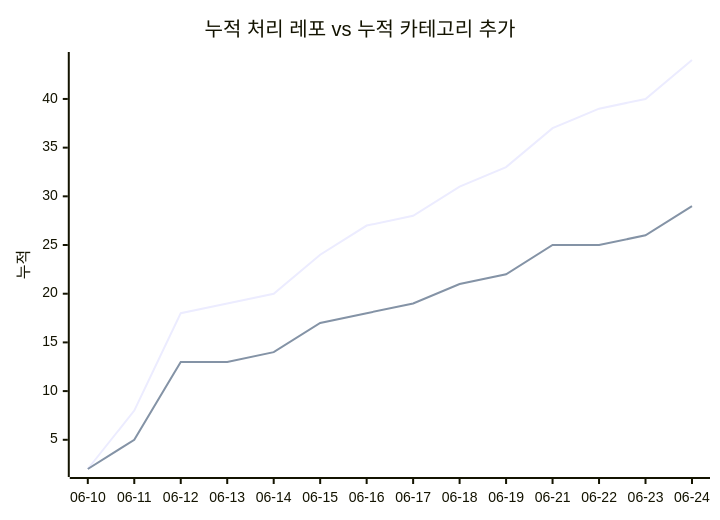
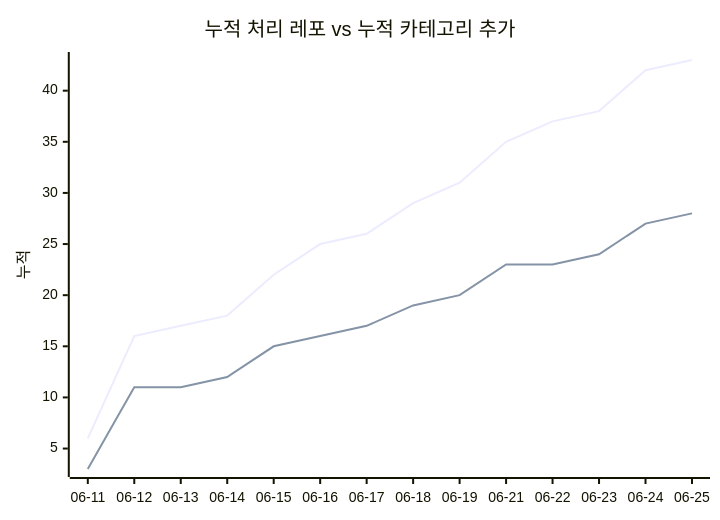
The second of 2 diagrams in docs/trends.md (J-nowcow/awesome-korean-agent-skills), drawn with Mermaid before and after one commit. The commit also changed other lines of this file and 3 other files, not shown here.

````diff
--- a/docs/trends.md
+++ b/docs/trends.md
@@ -68,8 +68,8 @@
 ```mermaid
 xychart-beta
     title "누적 처리 레포 vs 누적 카테고리 추가"
-    x-axis ["06-10","06-11","06-12","06-13","06-14","06-15","06-16","06-17","06-18","06-19","06-21","06-22","06-23","06-24"]
+    x-axis ["06-11","06-12","06-13","06-14","06-15","06-16","06-17","06-18","06-19","06-21","06-22","06-23","06-24","06-25"]
     y-axis "누적"
-    line [2,8,18,19,20,24,27,28,31,33,37,39,40,44]
-    line [2,5,13,13,14,17,18,19,21,22,25,25,26,29]
+    line [6,16,17,18,22,25,26,29,31,35,37,38,42,43]
+    line [3,11,11,12,15,16,17,19,20,23,23,24,27,28]
 ```
````
